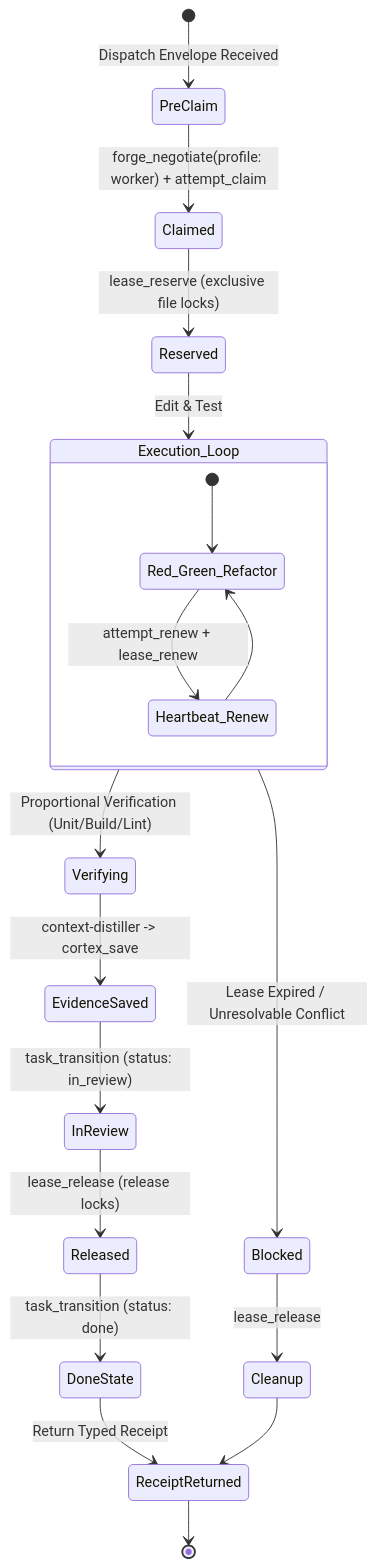
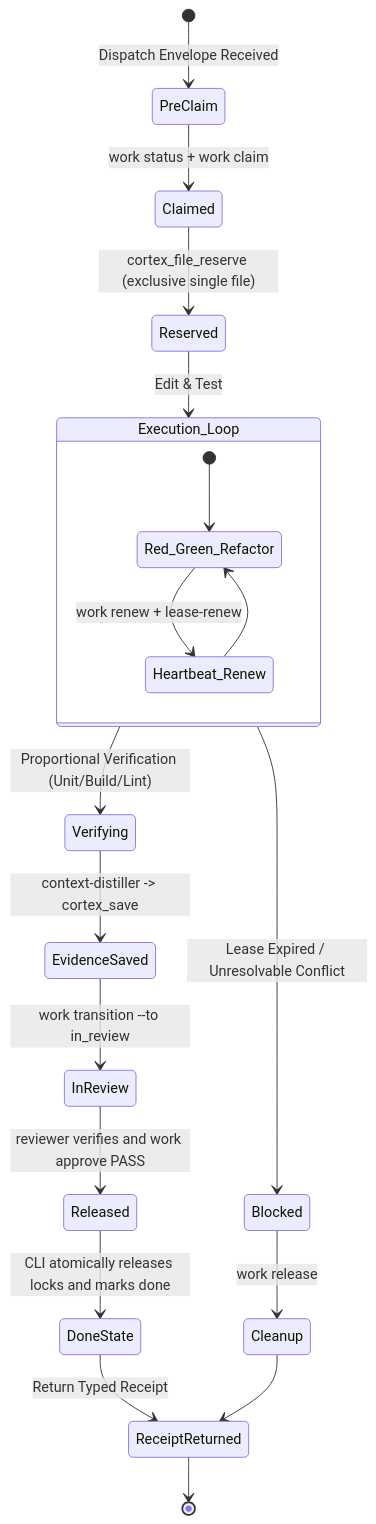
One commit to lleontor705/cortex-ia changed the third of 4 diagrams in internal/assets/AGENTS.md. Above: the diagram before and after it, drawn with Mermaid. The commit also changed other lines of this file and 147 other files, not shown here.

````diff
--- a/internal/assets/AGENTS.md
+++ b/internal/assets/AGENTS.md
@@ -184,25 +219,25 @@
 ```mermaid
 stateDiagram-v2
     [*] --> PreClaim: Dispatch Envelope Received
-    PreClaim --> Claimed: forge_negotiate(profile: worker) + attempt_claim
-    Claimed --> Reserved: lease_reserve (exclusive file locks)
+    PreClaim --> Claimed: work status + work claim
+    Claimed --> Reserved: cortex_file_reserve (exclusive single file)
     
     state Execution_Loop {
         [*] --> Red_Green_Refactor
-        Red_Green_Refactor --> Heartbeat_Renew: attempt_renew + lease_renew
+        Red_Green_Refactor --> Heartbeat_Renew: work renew + lease-renew
         Heartbeat_Renew --> Red_Green_Refactor
     }
     
     Reserved --> Execution_Loop: Edit & Test
     Execution_Loop --> Verifying: Proportional Verification (Unit/Build/Lint)
     Verifying --> EvidenceSaved: context-distiller -> cortex_save
-    EvidenceSaved --> InReview: task_transition (status: in_review)
-    InReview --> Released: lease_release (release locks)
-    Released --> DoneState: task_transition (status: done)
+    EvidenceSaved --> InReview: work transition --to in_review
+    InReview --> Released: reviewer verifies and work approve PASS
+    Released --> DoneState: CLI atomically releases locks and marks done
     DoneState --> ReceiptReturned: Return Typed Receipt
     ReceiptReturned --> [*]
 
     Execution_Loop --> Blocked: Lease Expired / Unresolvable Conflict
-    Blocked --> Cleanup: lease_release
+    Blocked --> Cleanup: work release
     Cleanup --> ReceiptReturned
 ```
````
